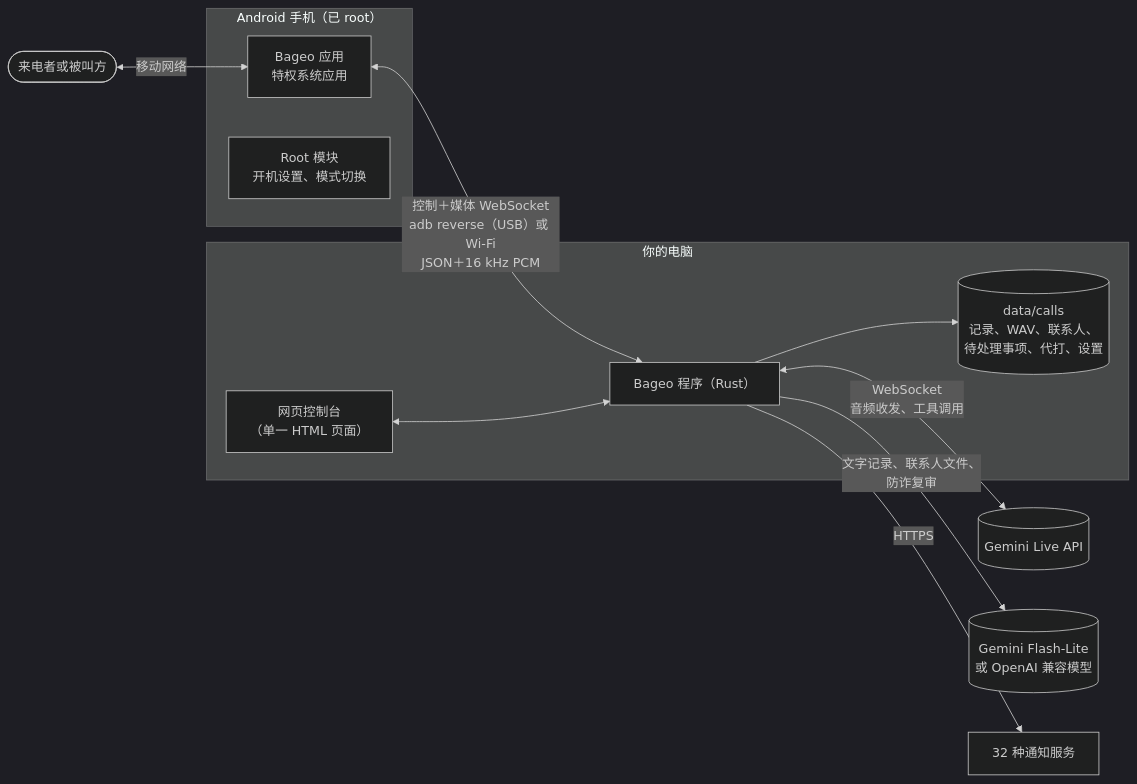
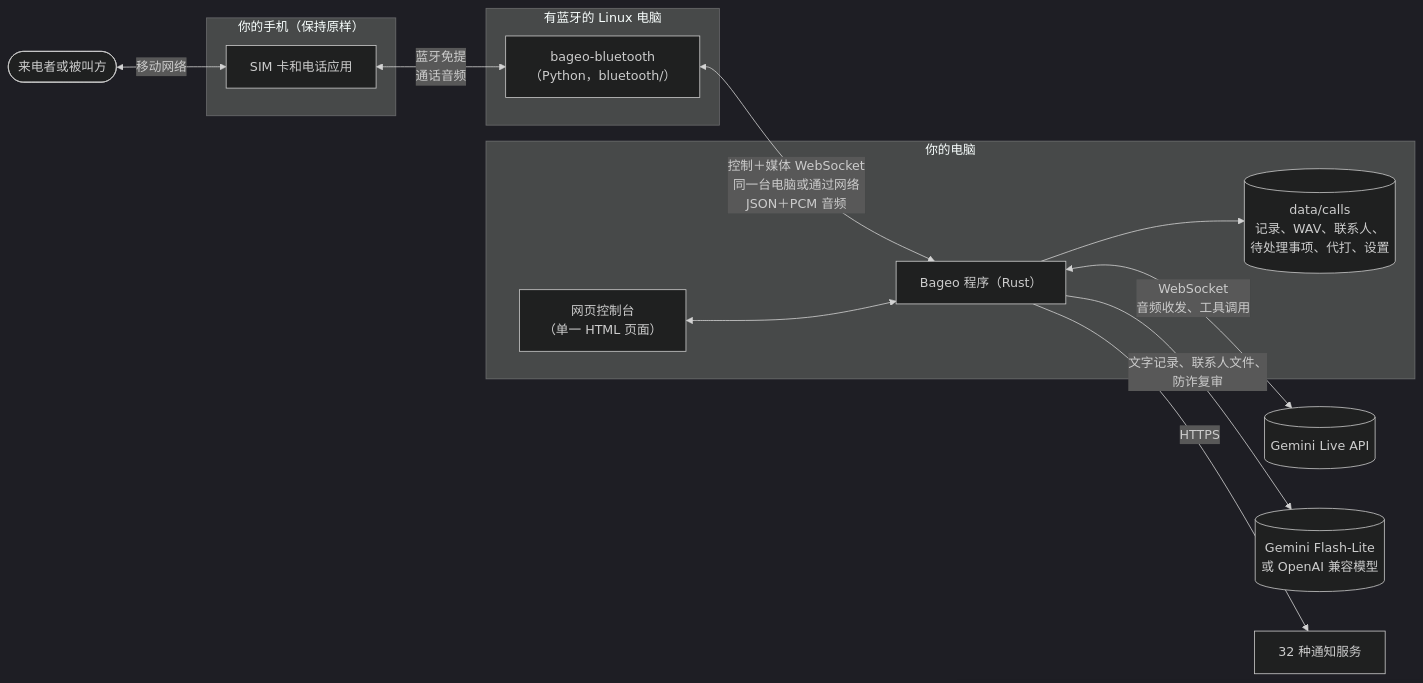
The first of 2 diagrams in docs/zh-CN/ARCHITECTURE.md (h4lo-void/bageo-call-bluetooth), drawn with Mermaid (dark theme) before and after one commit. The commit also changed other lines of this file and 94 other files, not shown here.

````diff
--- a/docs/zh-CN/ARCHITECTURE.md
+++ b/docs/zh-CN/ARCHITECTURE.md
@@ -13,19 +14,22 @@
 ```mermaid
 flowchart LR
-    subgraph phone["Android 手机（已 root）"]
-        app["Bageo 应用<br/>特权系统应用"]
-        module["Root 模块<br/>开机设置、模式切换"]
+    subgraph phone["你的手机（保持原样）"]
+        sim["SIM 卡和电话应用"]
+    end
+    subgraph bt["有蓝牙的 Linux 电脑"]
+        bridge["bageo-bluetooth<br/>（Python，bluetooth/）"]
     end
     subgraph pc["你的电脑"]
         agent["Bageo 程序（Rust）"]
         data[("data/calls<br/>记录、WAV、联系人、<br/>待处理事项、代打、设置")]
         ui["网页控制台<br/>（单一 HTML 页面）"]
     end
-    other(["来电者或被叫方"]) <-- "移动网络" --> app
-    app <-- "控制＋媒体 WebSocket<br/>adb reverse（USB）或 Wi-Fi<br/>JSON＋16 kHz PCM" --> agent
+    other(["来电者或被叫方"]) <-- "移动网络" --> sim
+    sim <-- "蓝牙免提<br/>通话音频" --> bridge
+    bridge <-- "控制＋媒体 WebSocket<br/>同一台电脑或通过网络<br/>JSON＋PCM 音频" --> agent
     agent <-- "WebSocket<br/>音频收发、工具调用" --> gemini[("Gemini Live API")]
     agent -- "文字记录、联系人文件、<br/>防诈复审" --> llm[("Gemini Flash-Lite<br/>或 OpenAI 兼容模型")]
     agent --> data
     ui <--> agent
     agent -- "HTTPS" --> notify["32 种通知服务"]
 ```
````
